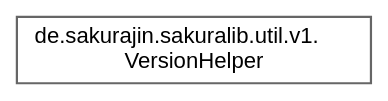
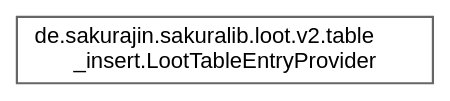
The diagram in inherit_graph_25.dot (noah1510/sakura-lib), drawn with Graphviz before and after one commit. The commit also changed 186 other files, not shown here.

```diff
--- a/inherit_graph_25.dot
+++ b/inherit_graph_25.dot
@@ -1,9 +1,9 @@
 digraph "Graphical Class Hierarchy"
 {
  // LATEX_PDF_SIZE
   bgcolor="transparent";
   edge [fontname=Helvetica,fontsize=10,labelfontname=Helvetica,labelfontsize=10];
   node [fontname=Helvetica,fontsize=10,shape=box,height=0.2,width=0.4];
   rankdir="LR";
-  Node0 [label="de.sakurajin.sakuralib.util.v1.\lVersionHelper",height=0.2,width=0.4,color="grey40", fillcolor="white", style="filled",URL="$classde_1_1sakurajin_1_1sakuralib_1_1util_1_1v1_1_1VersionHelper.html",tooltip=" "];
+  Node0 [label="de.sakurajin.sakuralib.loot.v2.table\l_insert.LootTableEntryProvider",height=0.2,width=0.4,color="grey40", fillcolor="white", style="filled",URL="$interfacede_1_1sakurajin_1_1sakuralib_1_1loot_1_1v2_1_1table__insert_1_1LootTableEntryProvider.html",tooltip="This interface is used to provide loot table entries for the loot table manager."];
 }
```
